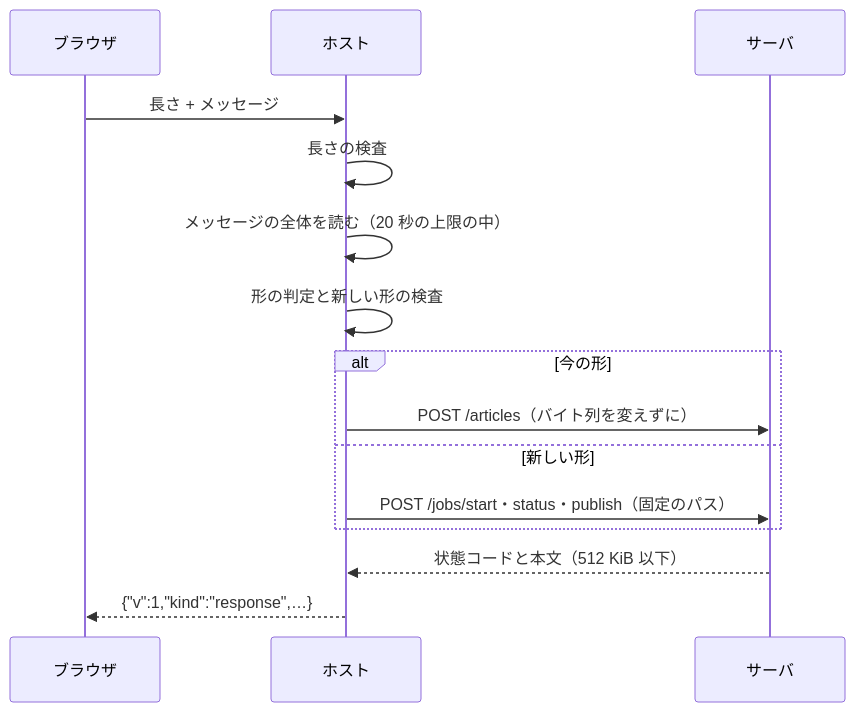
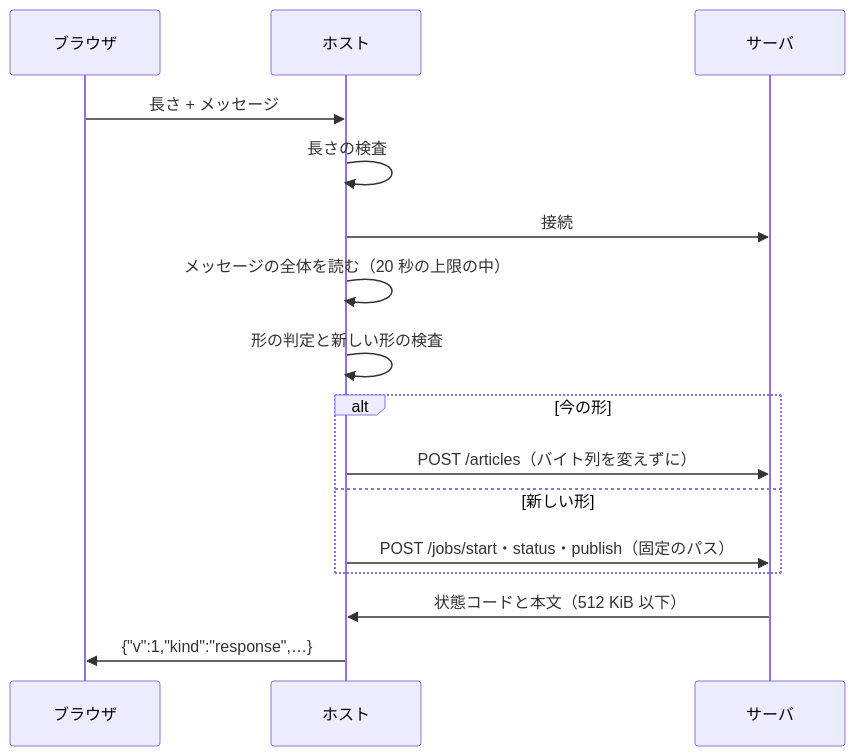
One commit to isseis/yt2column changed diagram 15 of 15 in docs/tasks/0044_article_job_api/02_architecture.md. Above: the diagram before and after it, drawn with Mermaid. The commit also changed other lines of this file and 1 other file, not shown here.

````diff
--- a/docs/tasks/0044_article_job_api/02_architecture.md
+++ b/docs/tasks/0044_article_job_api/02_architecture.md
@@ -1354,18 +1454,19 @@
 ```mermaid
 sequenceDiagram
     participant B as ブラウザ
     participant H as ホスト
     participant S as サーバ
 
     B->>H: 長さ + メッセージ
     H->>H: 長さの検査
+    H->>S: 接続
     H->>H: メッセージの全体を読む（20 秒の上限の中）
     H->>H: 形の判定と新しい形の検査
     alt 今の形
         H->>S: POST /articles（バイト列を変えずに）
     else 新しい形
         H->>S: POST /jobs/start・status・publish（固定のパス）
     end
-    S-->>H: 状態コードと本文（512 KiB 以下）
-    H-->>B: {"v":1,"kind":"response",…}
+    S->>H: 状態コードと本文（512 KiB 以下）
+    H->>B: {"v":1,"kind":"response",…}
 ```
````
